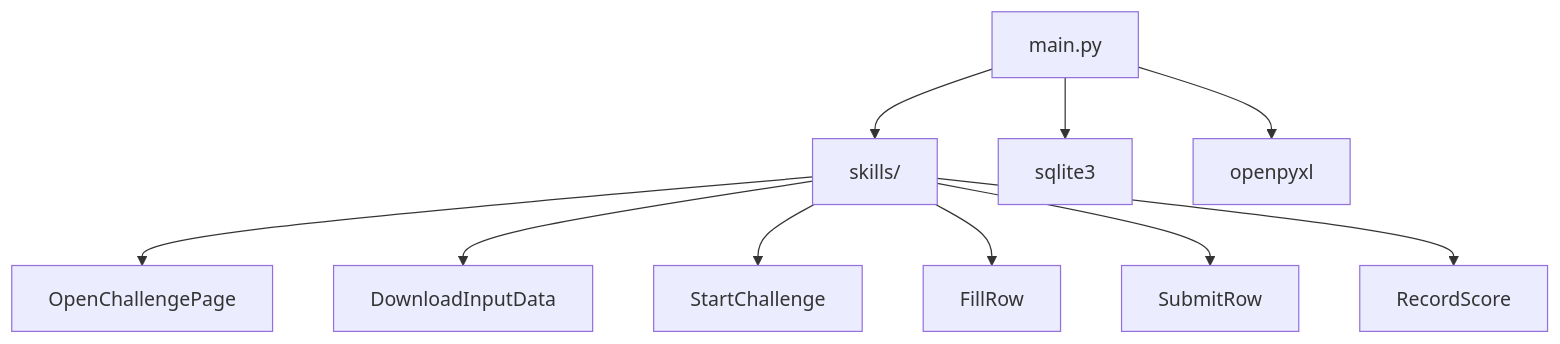
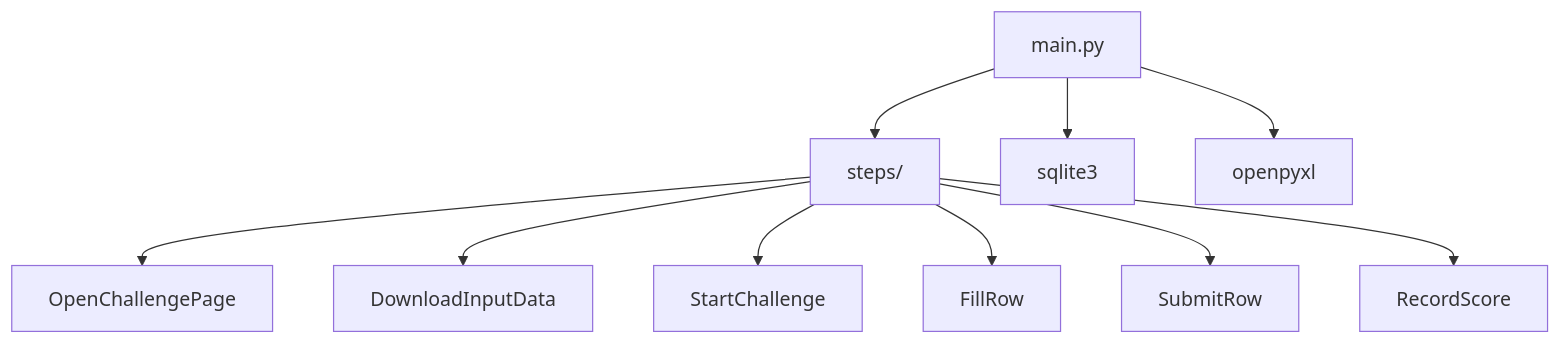
One commit to renatomoselli/rpacore-examples changed the diagram in docs/guidance/examples/rpa_challenge/architecture.md. Above: the diagram before and after it, drawn with Mermaid. The commit also changed other lines of this file and 239 other files, not shown here.

````diff
--- a/docs/guidance/examples/rpa_challenge/architecture.md
+++ b/docs/guidance/examples/rpa_challenge/architecture.md
@@ -9,12 +9,12 @@
 ```mermaid
 graph TD
-    A[main.py] --> B[skills/]
+    A[main.py] --> B[steps/]
     B --> C[OpenChallengePage]
     B --> D[DownloadInputData]
     B --> E[StartChallenge]
     B --> F[FillRow]
     B --> G[SubmitRow]
     B --> H[RecordScore]
     A --> I[sqlite3]
     A --> J[openpyxl]
 ```
````
